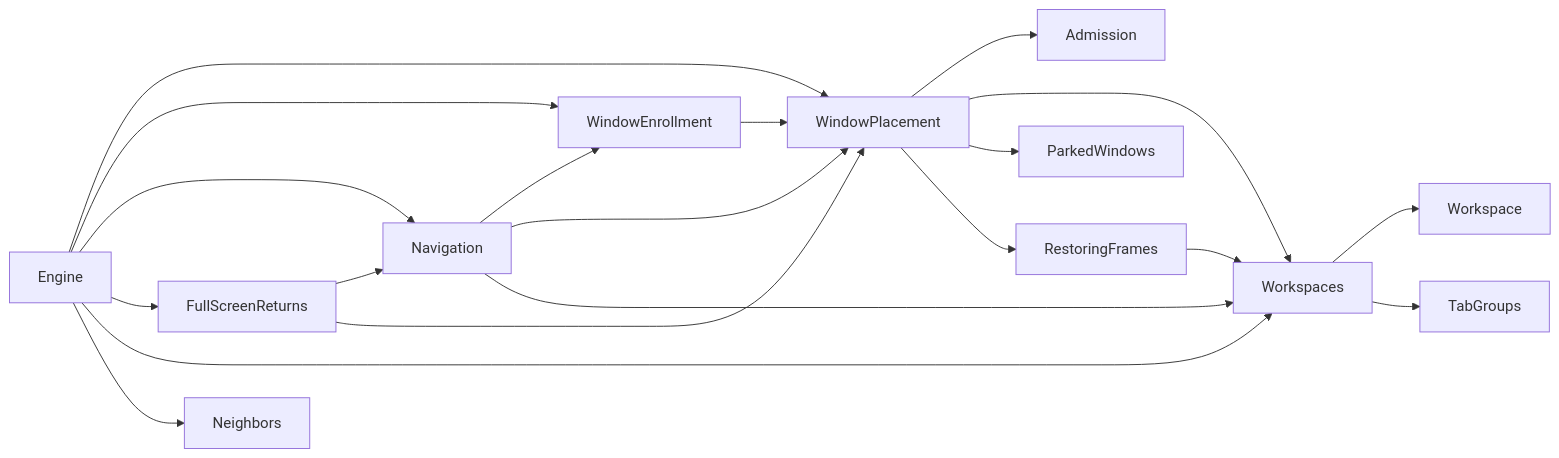
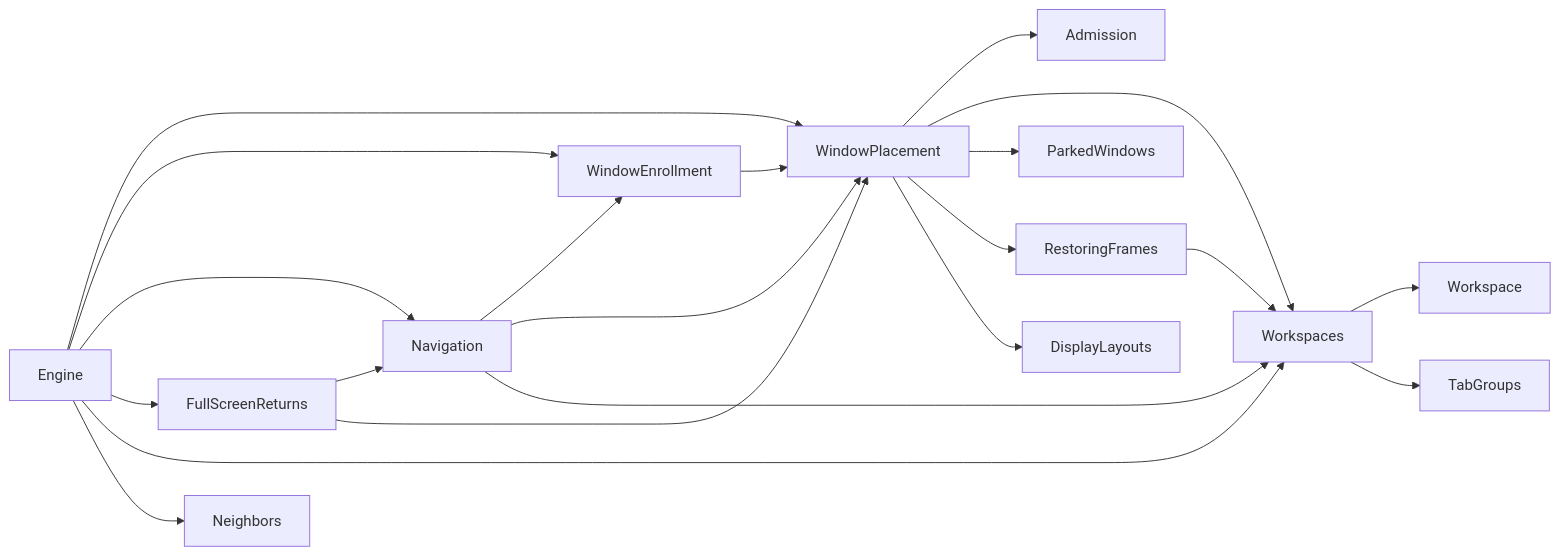
The fourth of 20 diagrams in ARCHITECTURE.md (brennovich/ottowm), drawn with Mermaid before and after one commit. The commit also changed other lines of this file and 8 other files, not shown here.

````diff
--- a/ARCHITECTURE.md
+++ b/ARCHITECTURE.md
@@ -130,22 +135,23 @@
 ```mermaid
 flowchart LR
     Engine --> WindowPlacement
     Engine --> WindowEnrollment
     Engine --> Navigation
     Engine --> FullScreenReturns
     Engine --> Workspaces
     Engine --> Neighbors
     WindowEnrollment --> WindowPlacement
     WindowPlacement --> Admission
     Navigation --> WindowEnrollment
     Navigation --> WindowPlacement
     FullScreenReturns --> Navigation
     FullScreenReturns --> WindowPlacement
     WindowPlacement --> Workspaces
     WindowPlacement --> ParkedWindows
     WindowPlacement --> RestoringFrames
+    WindowPlacement --> DisplayLayouts
     RestoringFrames --> Workspaces
     Navigation --> Workspaces
     Workspaces --> Workspace
     Workspaces --> TabGroups
 ```
````
